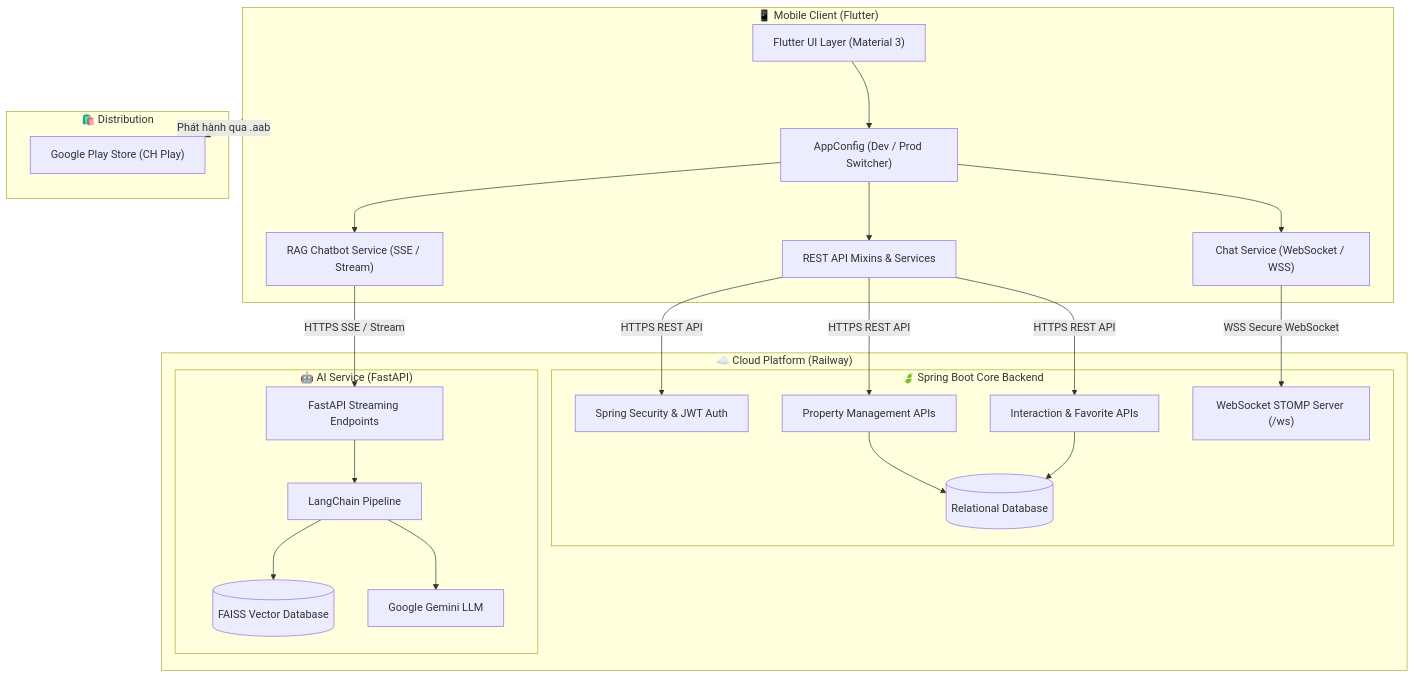
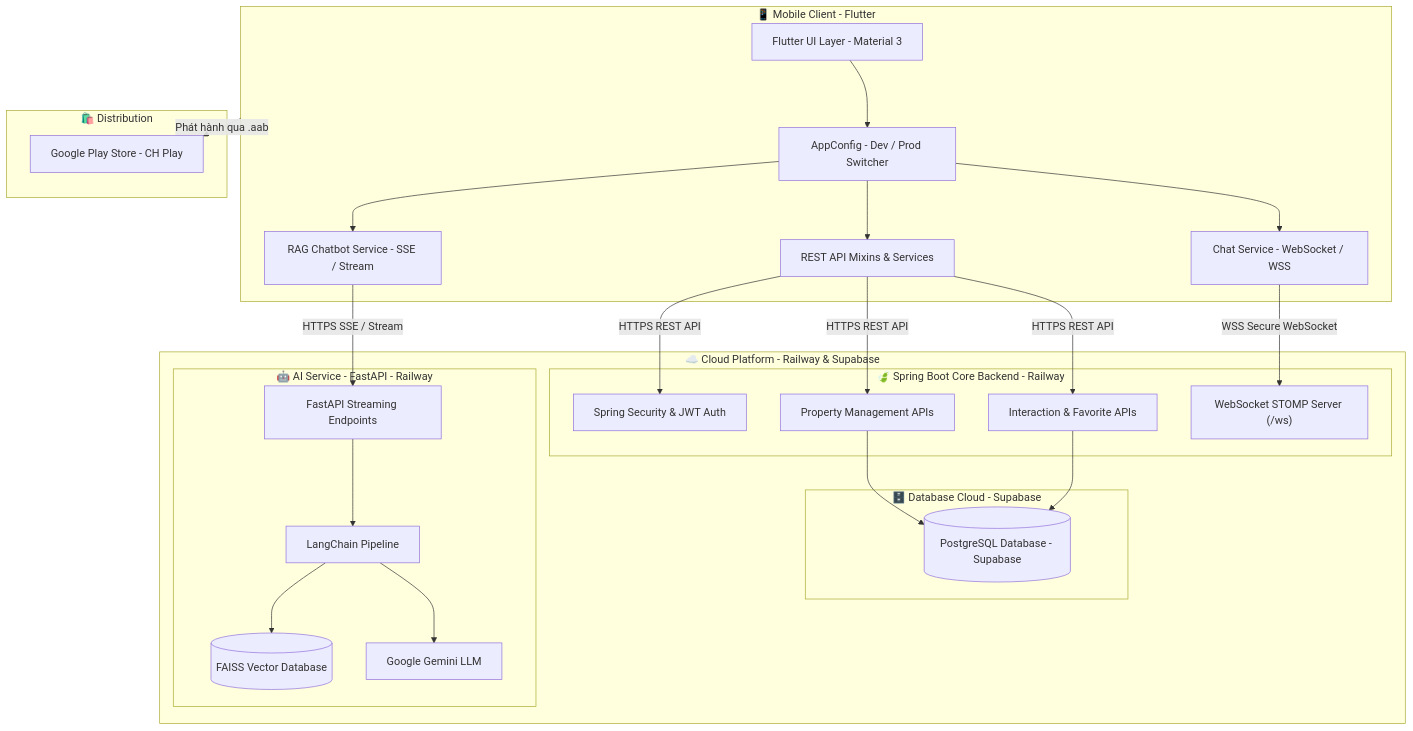
One commit to NhatTruong1905/RealEstateMobile-Project changed the diagram in README.md. Above: the diagram before and after it, drawn with Mermaid. The commit also changed other lines of this file, not shown here.

Commit message:
docs: Update README with Supabase database and clean headings

````diff
--- a/README.md
+++ b/README.md
@@ -41,51 +42,54 @@
 ```mermaid
 flowchart TD
-    subgraph MobileApp["📱 Mobile Client (Flutter)"]
-        UI["Flutter UI Layer (Material 3)"]
-        AppConfig["AppConfig (Dev / Prod Switcher)"]
-        ChatModule["Chat Service (WebSocket / WSS)"]
-        RAGModule["RAG Chatbot Service (SSE / Stream)"]
+    subgraph MobileApp["📱 Mobile Client - Flutter"]
+        UI["Flutter UI Layer - Material 3"]
+        AppConfig["AppConfig - Dev / Prod Switcher"]
+        ChatModule["Chat Service - WebSocket / WSS"]
+        RAGModule["RAG Chatbot Service - SSE / Stream"]
         ApiServices["REST API Mixins & Services"]
     end
 
-    subgraph CloudHosting["☁️ Cloud Platform (Railway)"]
-        subgraph SpringBackend["🍃 Spring Boot Core Backend"]
+    subgraph CloudHosting["☁️ Cloud Platform - Railway & Supabase"]
+        subgraph SpringBackend["🍃 Spring Boot Core Backend - Railway"]
             AuthSec["Spring Security & JWT Auth"]
             PropController["Property Management APIs"]
             InteractionController["Interaction & Favorite APIs"]
             WsServer["WebSocket STOMP Server (/ws)"]
-            DB[(Relational Database)]
         end
 
-        subgraph AIBackend["🤖 AI Service (FastAPI)"]
+        subgraph DatabaseCloud["🗄️ Database Cloud - Supabase"]
+            DB[("PostgreSQL Database - Supabase")]
+        end
+
+        subgraph AIBackend["🤖 AI Service - FastAPI - Railway"]
             FastAPIEndpoint["FastAPI Streaming Endpoints"]
             LangChainEngine["LangChain Pipeline"]
             VectorDB[("FAISS Vector Database")]
             GeminiLLM["Google Gemini LLM"]
         end
     end
 
     subgraph StoreDistribution["🛍️ Distribution"]
-        PlayStore["Google Play Store (CH Play)"]
+        PlayStore["Google Play Store - CH Play"]
     end
 
     %% Connections
     MobileApp -.->|Phát hành qua .aab| PlayStore
     UI --> AppConfig
     AppConfig --> ApiServices
     AppConfig --> ChatModule
     AppConfig --> RAGModule
 
     ApiServices -->|HTTPS REST API| AuthSec
     ApiServices -->|HTTPS REST API| PropController
     ApiServices -->|HTTPS REST API| InteractionController
     ChatModule -->|WSS Secure WebSocket| WsServer
     RAGModule -->|HTTPS SSE / Stream| FastAPIEndpoint
 
     PropController --> DB
     InteractionController --> DB
 
     FastAPIEndpoint --> LangChainEngine
     LangChainEngine --> VectorDB
     LangChainEngine --> GeminiLLM
 ```
````
